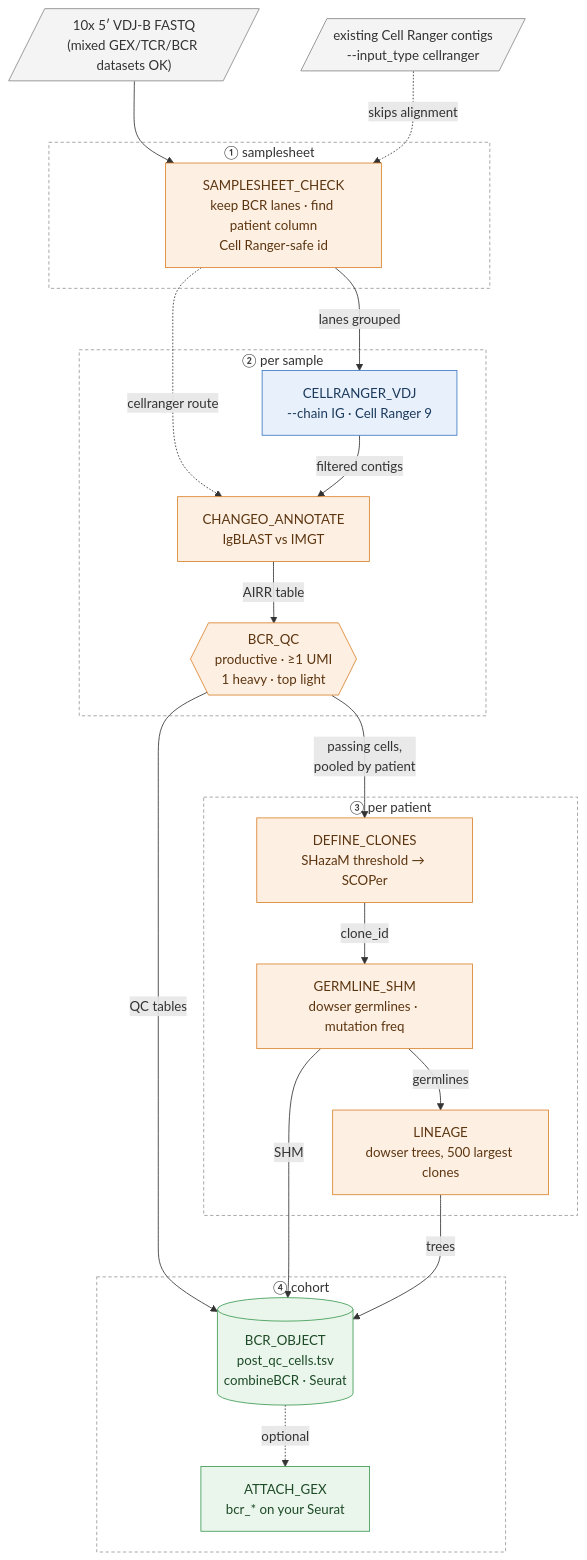
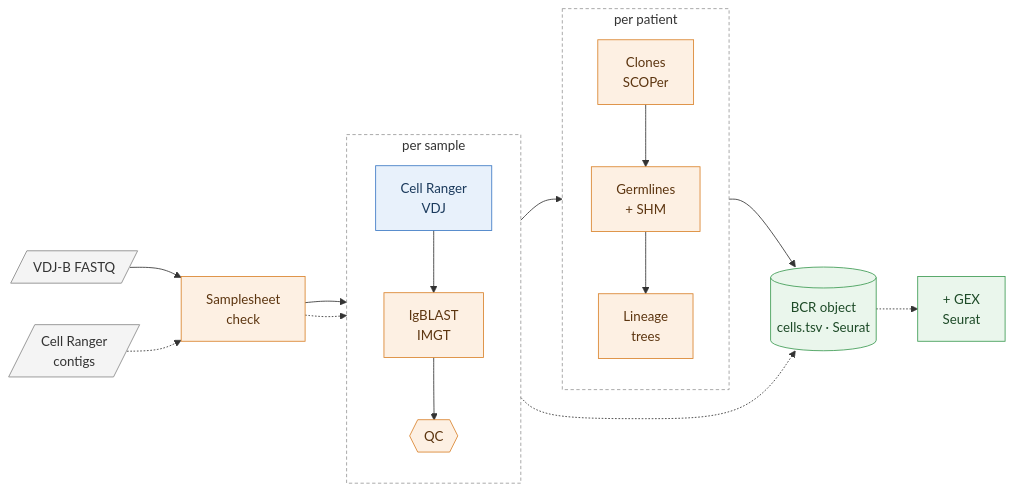
One commit to zaidissa/SCRATCH-BCR changed the first of 3 diagrams in README.md. Above: the diagram before and after it, drawn with Mermaid. The commit also changed other lines of this file, not shown here.

Commit message:
README: compact left-to-right pipeline flowchart

````diff
--- a/README.md
+++ b/README.md
@@ -23,53 +23,30 @@
 ```mermaid
-flowchart TD
-    IN[/"10x 5′ VDJ-B FASTQ<br/>(mixed GEX/TCR/BCR datasets OK)"/]
-    CR0[/"existing Cell Ranger contigs<br/>--input_type cellranger"/]
-
-    subgraph S0["① samplesheet"]
-        SC["SAMPLESHEET_CHECK<br/>keep BCR lanes · find patient column<br/>Cell Ranger-safe id"]
+flowchart LR
+    IN[/"VDJ-B FASTQ"/] --> SC
+    CR0[/"Cell Ranger<br/>contigs"/] -.-> SC
+    subgraph S1["per sample"]
+        direction TB
+        CR["Cell Ranger<br/>VDJ"] --> AN["IgBLAST<br/>IMGT"] --> QC{{"QC"}}
     end
-
-    subgraph S1["② per sample"]
-        CR["CELLRANGER_VDJ<br/>--chain IG · Cell Ranger 9"]
-        AN["CHANGEO_ANNOTATE<br/>IgBLAST vs IMGT"]
-        QC{{"BCR_QC<br/>productive · ≥1 UMI<br/>1 heavy · top light"}}
+    subgraph S2["per patient"]
+        direction TB
+        CL["Clones<br/>SCOPer"] --> GS["Germlines<br/>+ SHM"] --> LN["Lineage<br/>trees"]
     end
-
-    subgraph S2["③ per patient"]
-        CL["DEFINE_CLONES<br/>SHazaM threshold → SCOPer"]
-        GS["GERMLINE_SHM<br/>dowser germlines · mutation freq"]
-        LN["LINEAGE<br/>dowser trees, 500 largest clones"]
-    end
-
-    subgraph S3["④ cohort"]
-        OB[("BCR_OBJECT<br/>post_qc_cells.tsv<br/>combineBCR · Seurat")]
-        GX["ATTACH_GEX<br/>bcr_* on your Seurat"]
-    end
-
-    IN --> SC
-    CR0 -. skips alignment .-> SC
-    SC -->|lanes grouped| CR
-    SC -. cellranger route .-> AN
-    CR -->|filtered contigs| AN
-    AN -->|AIRR table| QC
-    QC -->|passing cells,<br/>pooled by patient| CL
-    QC -->|QC tables| OB
-    CL -->|clone_id| GS
-    GS -->|germlines| LN
-    GS -->|SHM| OB
-    LN -->|trees| OB
-    OB -. optional .-> GX
+    SC["Samplesheet<br/>check"] --> CR
+    SC -.-> AN
+    QC --> CL
+    LN --> OB[("BCR object<br/>cells.tsv · Seurat")]
+    QC -.-> OB
+    OB -.-> GX["+ GEX<br/>Seurat"]
 
     classDef cr fill:#e8f1fb,stroke:#3b78c4,color:#1b3a5c
     classDef imm fill:#fdf0e3,stroke:#d9822b,color:#5c3510
     classDef sc fill:#eaf6ec,stroke:#3c9a52,color:#1d4a27
     classDef io fill:#f4f4f4,stroke:#888,color:#333
     class CR cr
     class SC,AN,QC,CL,GS,LN imm
     class OB,GX sc
     class IN,CR0 io
-    style S0 fill:transparent,stroke:#999,stroke-dasharray:4 3
     style S1 fill:transparent,stroke:#999,stroke-dasharray:4 3
     style S2 fill:transparent,stroke:#999,stroke-dasharray:4 3
-    style S3 fill:transparent,stroke:#999,stroke-dasharray:4 3
 ```
````
